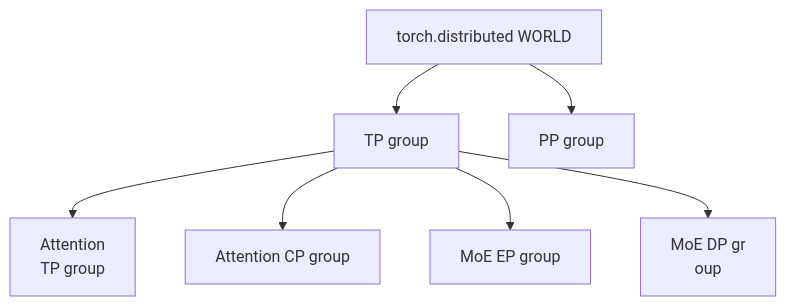
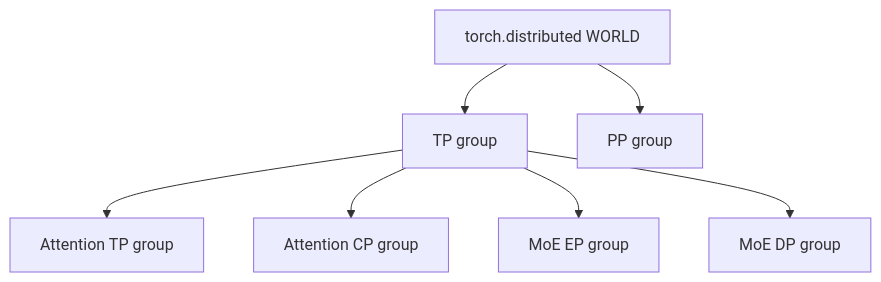
One commit to cl-vv-h/AI_Infra_Tutor_Page changed the tenth of 32 diagrams in src/data/sglang-content/sglang-source-reading/06-multiprocess-distributed.md. Above: the diagram before and after it, drawn with Mermaid. The commit also changed other lines of this file and 25 other files, not shown here.

Commit message:
Fix markdown rendering with react-markdown, add SGLang knowledge graph

````diff
--- a/src/data/sglang-content/sglang-source-reading/06-multiprocess-distributed.md
+++ b/src/data/sglang-content/sglang-source-reading/06-multiprocess-distributed.md
@@ -604,14 +322,9 @@
 ```mermaid
 flowchart TD
- 
- A["torch.distributed WORLD"] --> B["TP group
-"]
+  A["torch.distributed WORLD"] --> B["TP group"]
   A --> C["PP group"]
-  B --> D["Attention
- TP group"]
+  B --> D["Attention TP group"]
   B --> E["Attention CP group"]
- 
- B --> F["MoE EP group"]
-  B --> G["MoE DP gr
-oup"]
+  B --> F["MoE EP group"]
+  B --> G["MoE DP group"]
 ```
````
